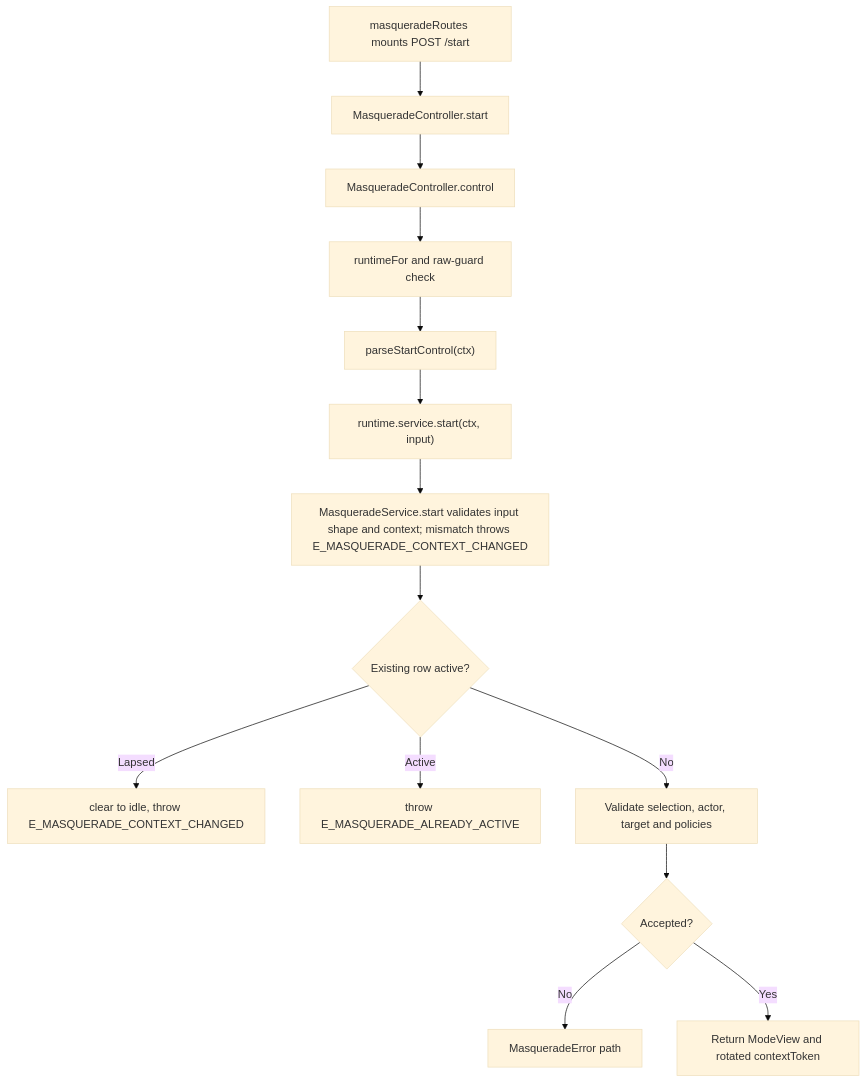
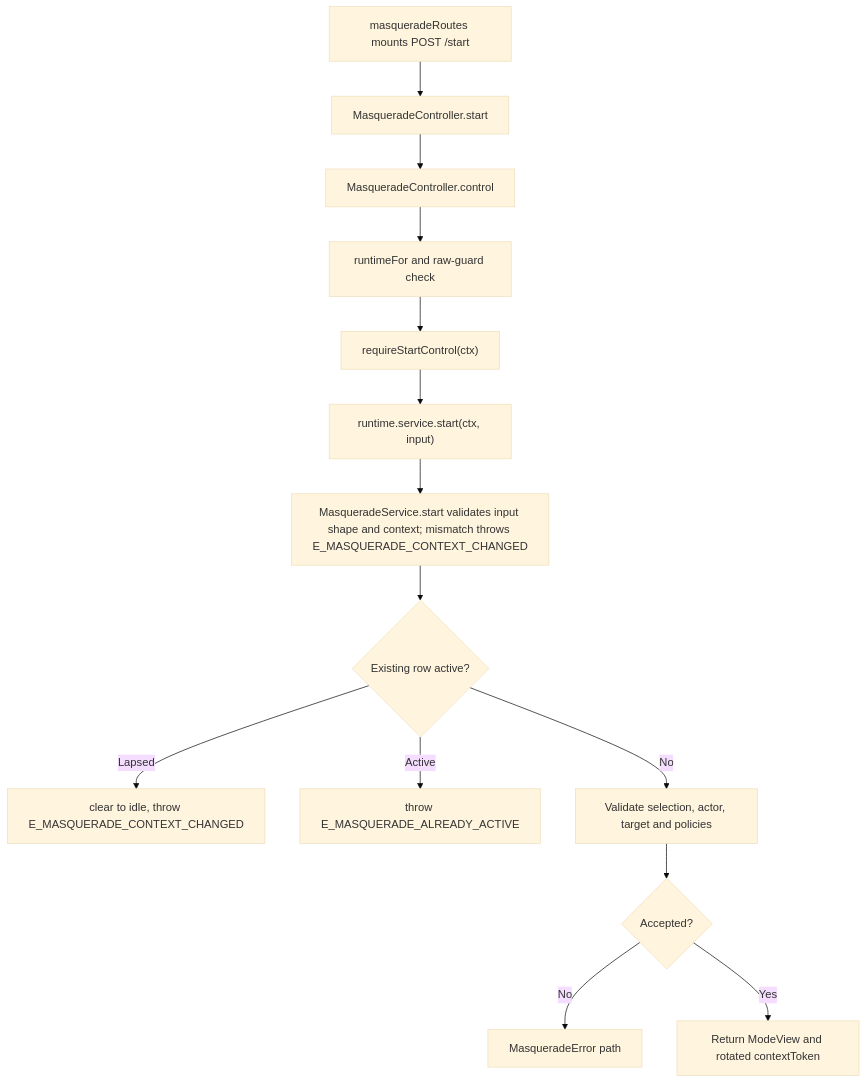
The second of 2 diagrams in user-stories/start-stop-mode/us-actor-01-start-stop-mode.md (Kevinjohn/oss-adonisjs-masquerade), drawn with Mermaid (base theme) before and after one commit. The commit also changed 55 other files, not shown here.

````diff
--- a/user-stories/start-stop-mode/us-actor-01-start-stop-mode.md
+++ b/user-stories/start-stop-mode/us-actor-01-start-stop-mode.md
@@ -48,16 +48,16 @@
 ```mermaid
 flowchart TD
     A["masqueradeRoutes mounts POST /start"] --> B["MasqueradeController.start"]
     B --> C["MasqueradeController.control"]
     C --> D["runtimeFor and raw-guard check"]
-    D --> E["parseStartControl(ctx)"]
+    D --> E["requireStartControl(ctx)"]
     E --> F["runtime.service.start(ctx, input)"]
     F --> G["MasqueradeService.start validates input shape and context; mismatch throws E_MASQUERADE_CONTEXT_CHANGED"]
     G --> L{"Existing row active?"}
     L -->|Lapsed| M["clear to idle, throw E_MASQUERADE_CONTEXT_CHANGED"]
     L -->|Active| N["throw E_MASQUERADE_ALREADY_ACTIVE"]
     L -->|No| P["Validate selection, actor, target and policies"]
     P --> H{"Accepted?"}
     H -->|No| I["MasqueradeError path"]
     H -->|Yes| J["Return ModeView and rotated contextToken"]
 ```
````
